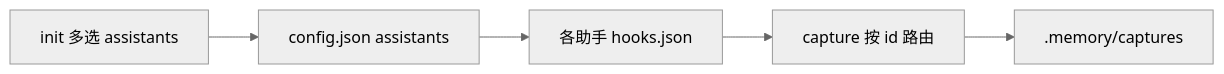
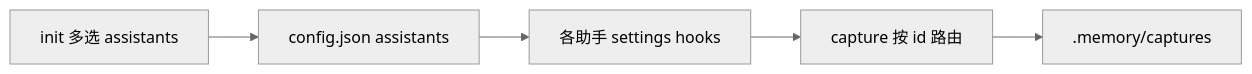
The first of 2 diagrams in docs/hermes-repo-design.md (ricoNext/hermes-repo), drawn with Mermaid (neutral theme) before and after one commit. The commit also changed other lines of this file and 170 other files, not shown here.

````diff
--- a/docs/hermes-repo-design.md
+++ b/docs/hermes-repo-design.md
@@ -158,7 +214,7 @@
 ```mermaid
 flowchart LR
   init[init 多选 assistants] --> cfg[config.json assistants]
-  cfg --> hooks[各助手 hooks.json]
+  cfg --> hooks[各助手 settings hooks]
   hooks --> cap[capture 按 id 路由]
   cap --> mem[.memory/captures]
 ```
````
